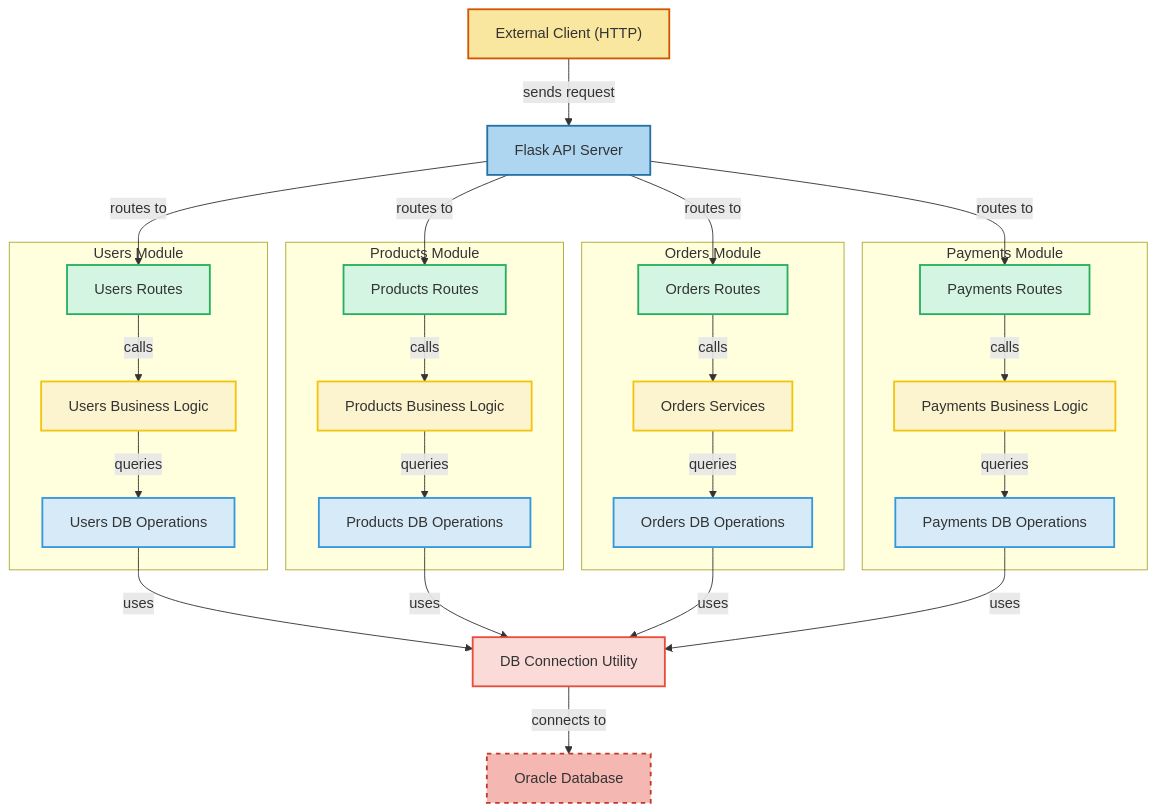
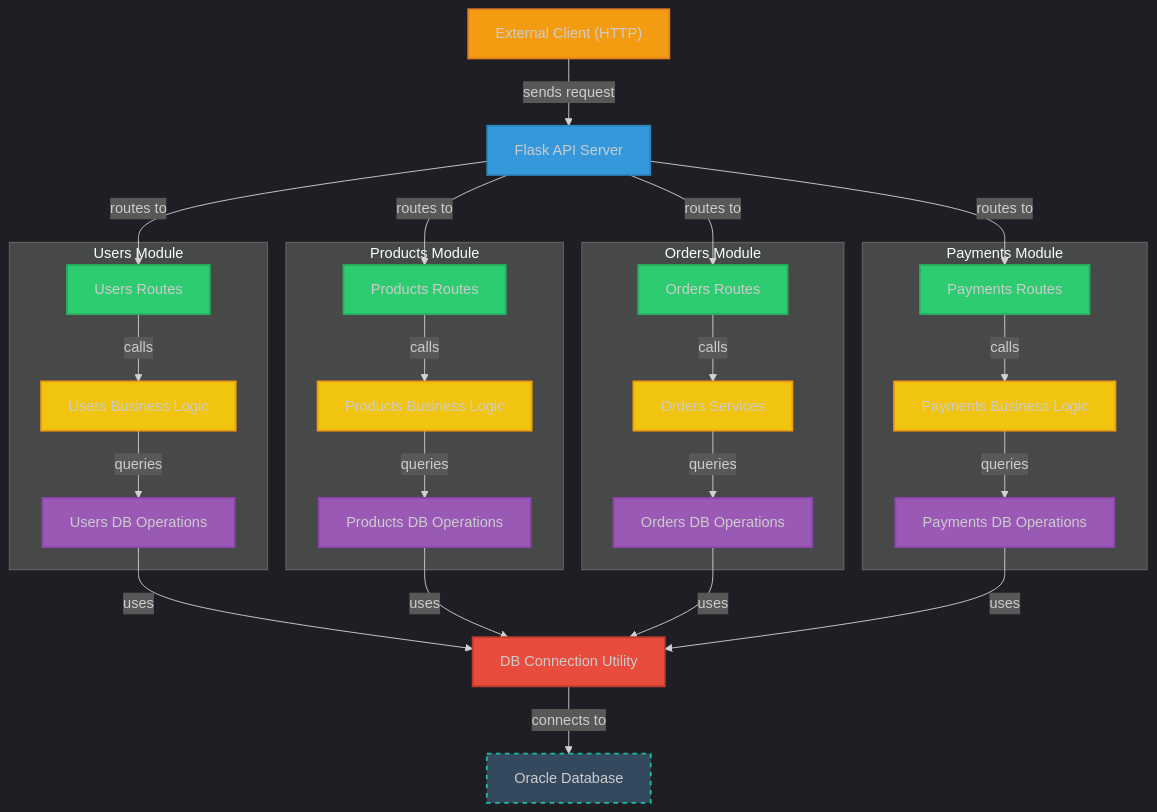
The diagram in README.md (sudokentucky/-SBD1-P1_202100106), drawn with Mermaid before and after one commit.

````diff
--- a/README.md
+++ b/README.md
@@ -115,5 +115,6 @@
 ```mermaid
-   graph TD
+%%{ init: { "theme": "dark" } }%%
+graph TD
     ExternalClient["External Client (HTTP)"]:::external
     APIServer["Flask API Server"]:::api
 
@@ -189,12 +190,13 @@
     click PaymentsBL "https://github.com/sudokentucky/-sbd1-p1_202100106/blob/main/client/app/payments/payments.py"
     click DBUtility "https://github.com/sudokentucky/-sbd1-p1_202100106/blob/main/client/utils/db.py"
 
-    %% Styles
-    classDef external fill:#f9e79f,stroke:#d35400,stroke-width:2px;
-    classDef api fill:#aed6f1,stroke:#2471a3,stroke-width:2px;
-    classDef module fill:#d5f5e3,stroke:#27ae60,stroke-width:2px;
-    classDef business fill:#fcf3cf,stroke:#f1c40f,stroke-width:2px;
-    classDef db_module fill:#d6eaf8,stroke:#3498db,stroke-width:2px;
-    classDef util fill:#fadbd8,stroke:#e74c3c,stroke-width:2px;
-    classDef database fill:#f5b7b1,stroke:#c0392b,stroke-width:2px,stroke-dasharray: 5,5;
+    %% Styles (modo oscuro, colores llamativos)
+    classDef external fill:#f39c12,stroke:#e67e22,stroke-width:2px;
+    classDef api fill:#3498db,stroke:#2e86c1,stroke-width:2px;
+    classDef module fill:#2ecc71,stroke:#27ae60,stroke-width:2px;
+    classDef business fill:#f1c40f,stroke:#f39c12,stroke-width:2px;
+    classDef db_module fill:#9b59b6,stroke:#8e44ad,stroke-width:2px;
+    classDef util fill:#e74c3c,stroke:#c0392b,stroke-width:2px;
+    classDef database fill:#34495e,stroke:#1abc9c,stroke-width:2px,stroke-dasharray: 5,5;
+
 ```
````
